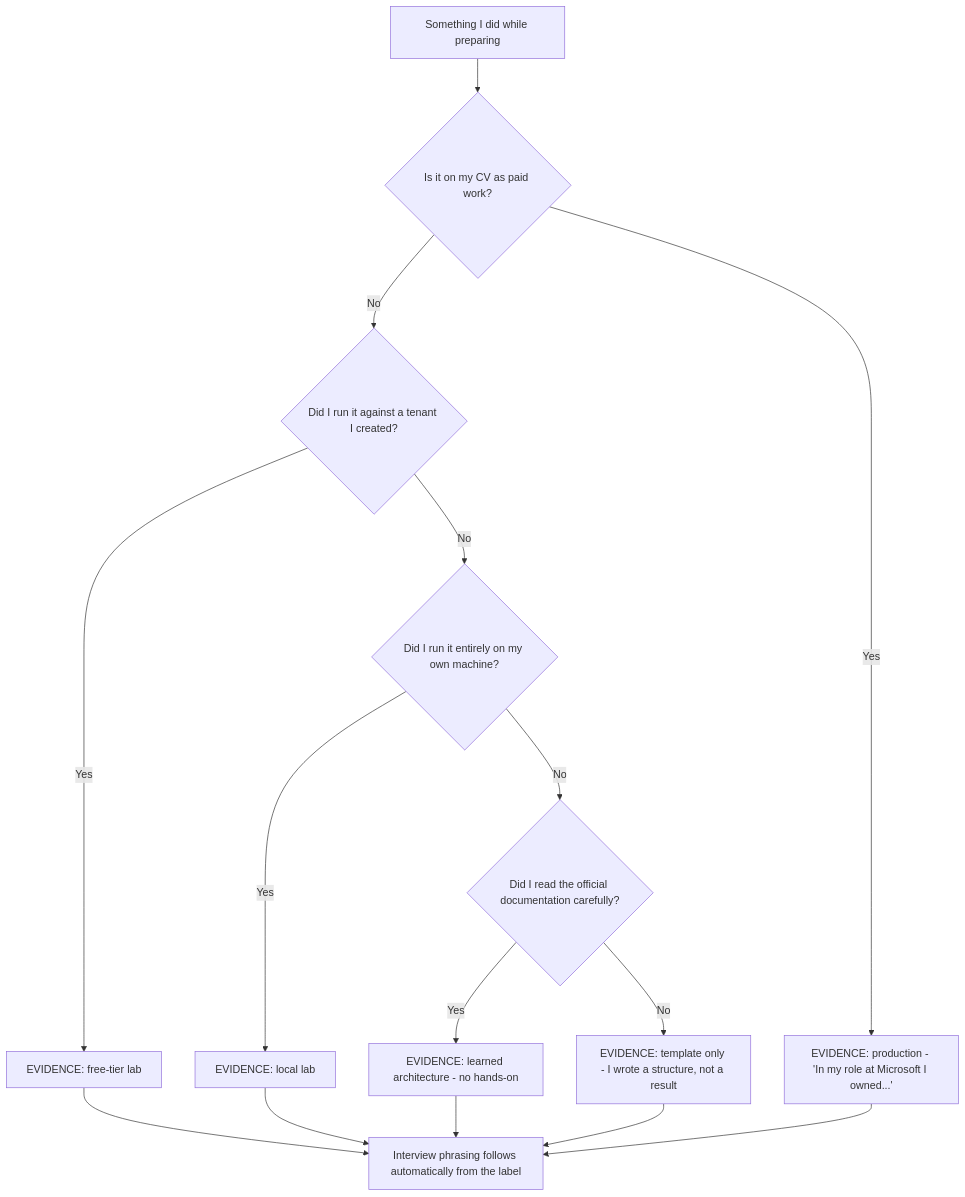
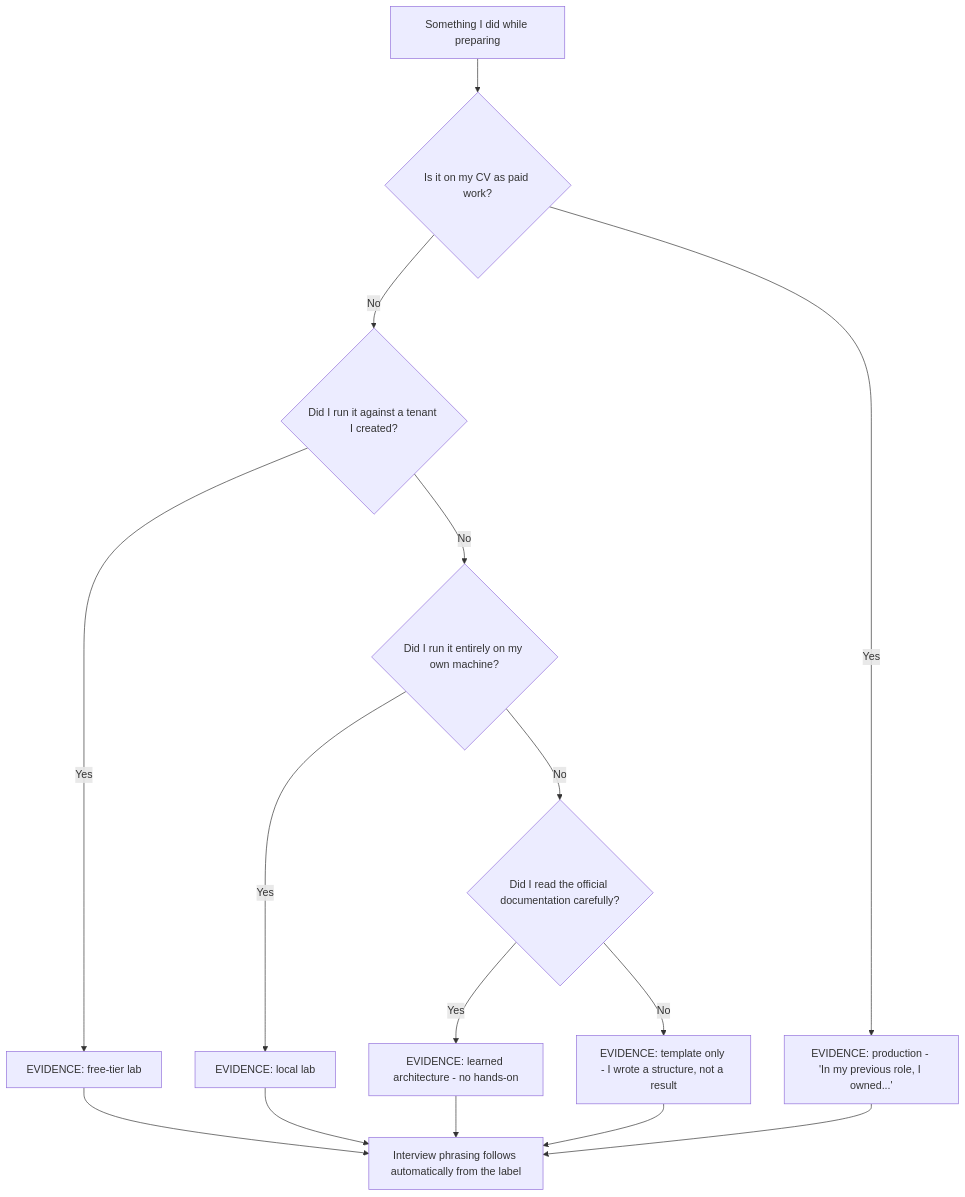
The first of 4 diagrams in Okta DSE/prep/Part-007-building-a-safe-free-identity-lab.md (hichauhan-in/Interview-Prep), drawn with Mermaid before and after one commit. The commit also changed other lines of this file and 493 other files, not shown here.

````diff
--- a/Okta DSE/prep/Part-007-building-a-safe-free-identity-lab.md
+++ b/Okta DSE/prep/Part-007-building-a-safe-free-identity-lab.md
@@ -68,17 +68,17 @@
 ```mermaid
 flowchart TD
     Work["Something I did while preparing"] --> Q1{"Is it on my CV as paid work?"}
-    Q1 -->|"Yes"| P["EVIDENCE: production - 'In my role at Microsoft I owned...'"]
+    Q1 -->|"Yes"| P["EVIDENCE: production - 'In my previous role, I owned...'"]
     Q1 -->|"No"| Q2{"Did I run it against a tenant I created?"}
     Q2 -->|"Yes"| F["EVIDENCE: free-tier lab"]
     Q2 -->|"No"| Q3{"Did I run it entirely on my own machine?"}
     Q3 -->|"Yes"| L["EVIDENCE: local lab"]
     Q3 -->|"No"| Q4{"Did I read the official documentation carefully?"}
     Q4 -->|"Yes"| A["EVIDENCE: learned architecture - no hands-on"]
     Q4 -->|"No"| T["EVIDENCE: template only - I wrote a structure, not a result"]
     F --> Say["Interview phrasing follows automatically from the label"]
     L --> Say
     A --> Say
     T --> Say
     P --> Say
 ```
````
